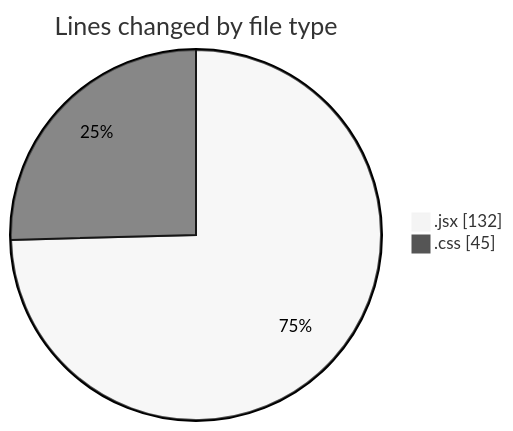
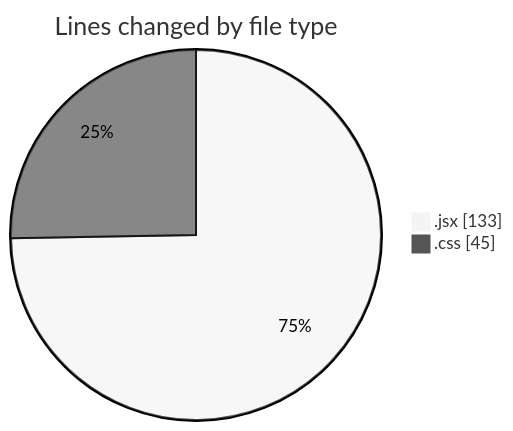
Before and after one commit to Elitesun/code-tracking: the first of 2 diagrams in 2025-02-06/react_ecom/README.md, drawn with Mermaid (neutral theme). The commit also changed other lines of this file and 1 other file, not shown here.

````diff
--- a/2025-02-06/react_ecom/README.md
+++ b/2025-02-06/react_ecom/README.md
@@ -23,6 +23,6 @@
 ```mermaid
 pie showData
 title Lines changed by file type
-".jsx" : 132
+".jsx" : 133
 ".css" : 45
 ```
````
